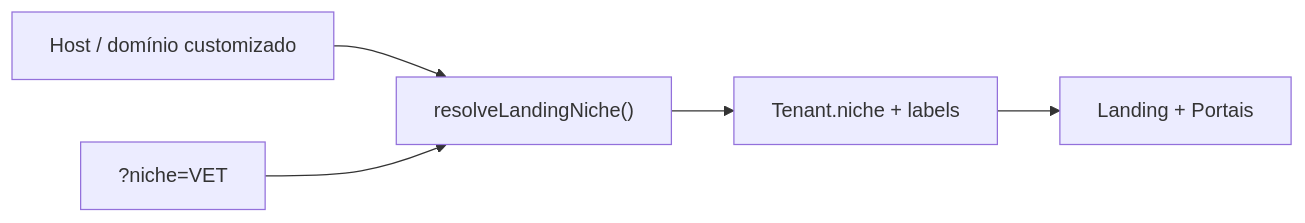
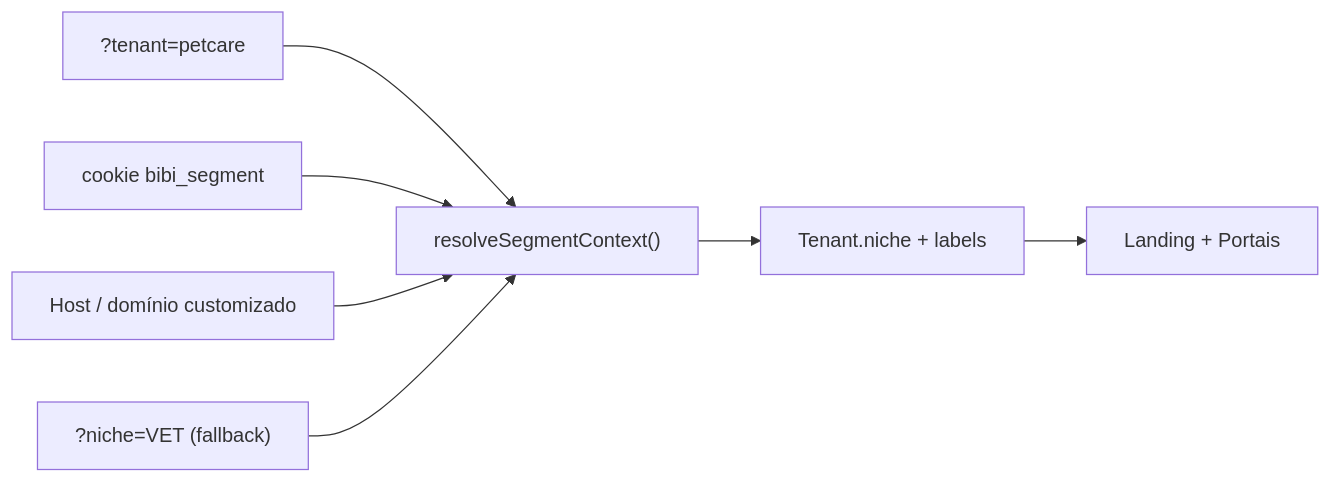
One commit to Piulres/sistema-bibi changed the first of 10 diagrams in docs/produto/FLUXOS.md. Above: the diagram before and after it, drawn with Mermaid. The commit also changed other lines of this file and 13 other files, not shown here.

````diff
--- a/docs/produto/FLUXOS.md
+++ b/docs/produto/FLUXOS.md
@@ -44,7 +44,9 @@
 ```mermaid
 flowchart LR
-  Host["Host / domínio customizado"] --> Resolve["resolveLandingNiche()"]
-  Query["?niche=VET"] --> Resolve
+  TenantQ["?tenant=petcare"] --> Resolve["resolveSegmentContext()"]
+  Cookie["cookie bibi_segment"] --> Resolve
+  Host["Host / domínio customizado"] --> Resolve
+  NicheQ["?niche=VET (fallback)"] --> Resolve
   Resolve --> Tenant["Tenant.niche + labels"]
   Tenant --> UI["Landing + Portais"]
 ```
````
